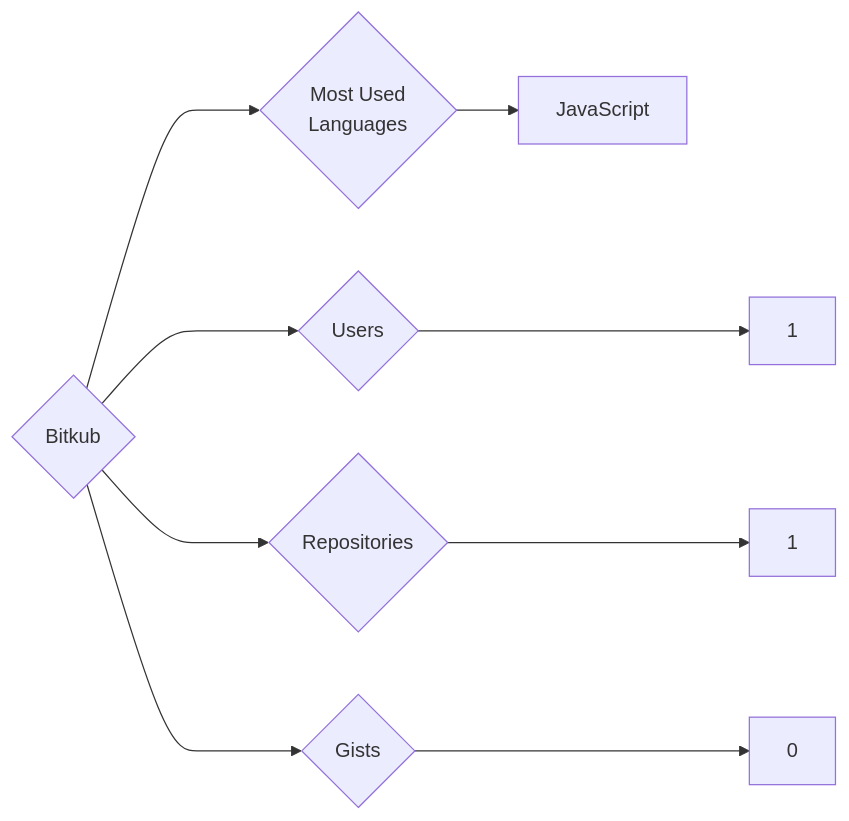
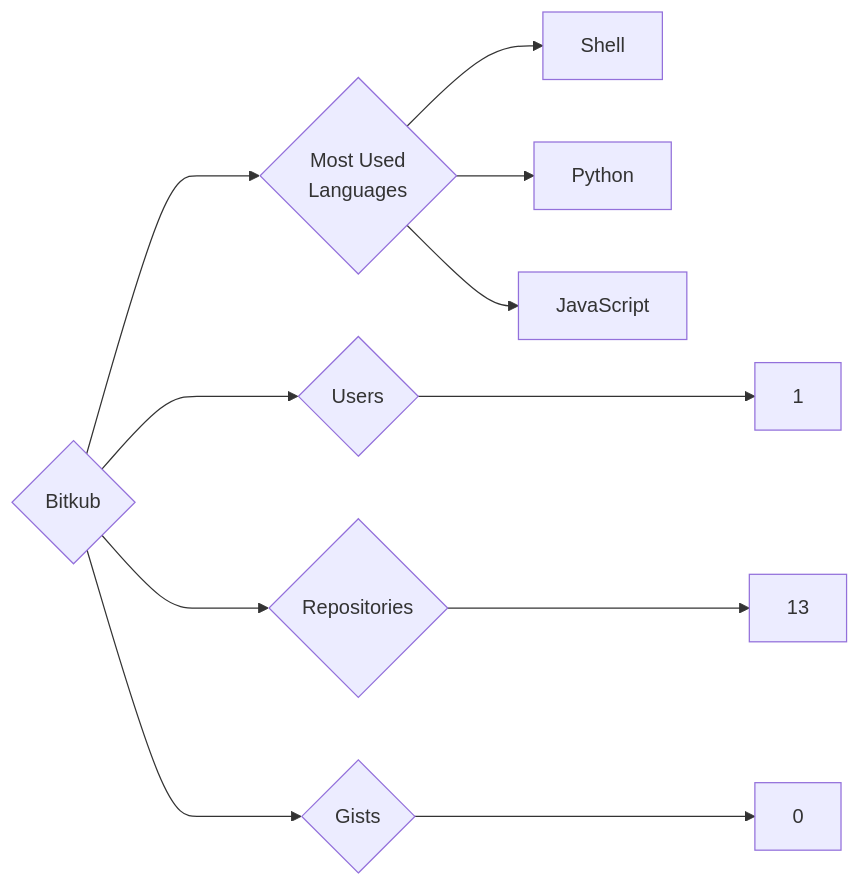
Before and after one commit to trickest/insiders: the diagram in targets/Bitkub/README.md, drawn with Mermaid. The commit also changed 857 other files, not shown here.

````diff
--- a/targets/Bitkub/README.md
+++ b/targets/Bitkub/README.md
@@ -3,9 +3,11 @@
 ```mermaid
 graph LR
 COMPANY_NAME{Bitkub}
 COMPANY_NAME ---> U{Users} ---> UN[1]
-COMPANY_NAME ---> R{Repositories} ---> RN[1]
+COMPANY_NAME ---> R{Repositories} ---> RN[13]
 COMPANY_NAME ---> G{Gists} ---> GN[0]
 COMPANY_NAME ---> ML{Most Used<br>Languages}
+ML --> Shell[Shell]
+ML --> Python[Python]
 ML --> JavaScript[JavaScript]
 ```
````
